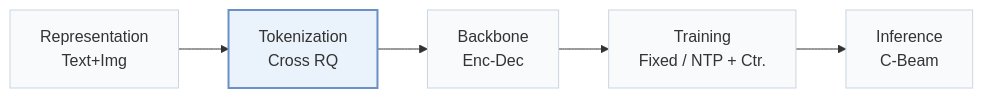
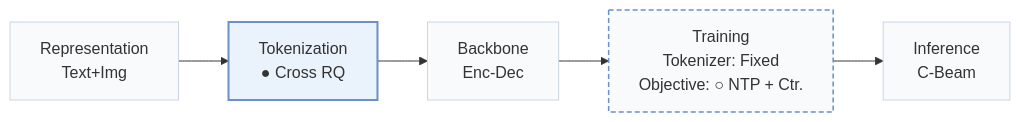
One commit to Galaxy-ghost/Awesome-SID-Generative-Rec changed the first of 3 diagrams in pages/papers/macrec.md. Above: the diagram before and after it, drawn with Mermaid. The commit also changed other lines of this file and 558 other files, not shown here.

````diff
--- a/pages/papers/macrec.md
+++ b/pages/papers/macrec.md
@@ -15,8 +18,10 @@
 ```mermaid
 flowchart LR
-    R["Representation<br/>Text+Img"] --> T["Tokenization<br/>Cross RQ"] --> B["Backbone<br/>Enc-Dec"] --> TR["Training<br/>Fixed / NTP + Ctr."] --> I["Inference<br/>C-Beam"]
+    R["Representation<br/>Text+Img"] --> T["Tokenization<br/>● Cross RQ"] --> B["Backbone<br/>Enc-Dec"] --> TR["Training<br/>Tokenizer: Fixed<br/>Objective: ○ NTP + Ctr."] --> I["Inference<br/>C-Beam"]
     classDef base fill:#f8fafc,stroke:#cbd5e1
     class R,T,B,TR,I base
+    classDef other fill:#f8fafc,stroke:#6b8fc7,stroke-width:1.5px,stroke-dasharray:5 3
+    class TR other
     classDef main fill:#eaf2fb,stroke:#6b8fc7,stroke-width:2px
     class T main
 ```
````
